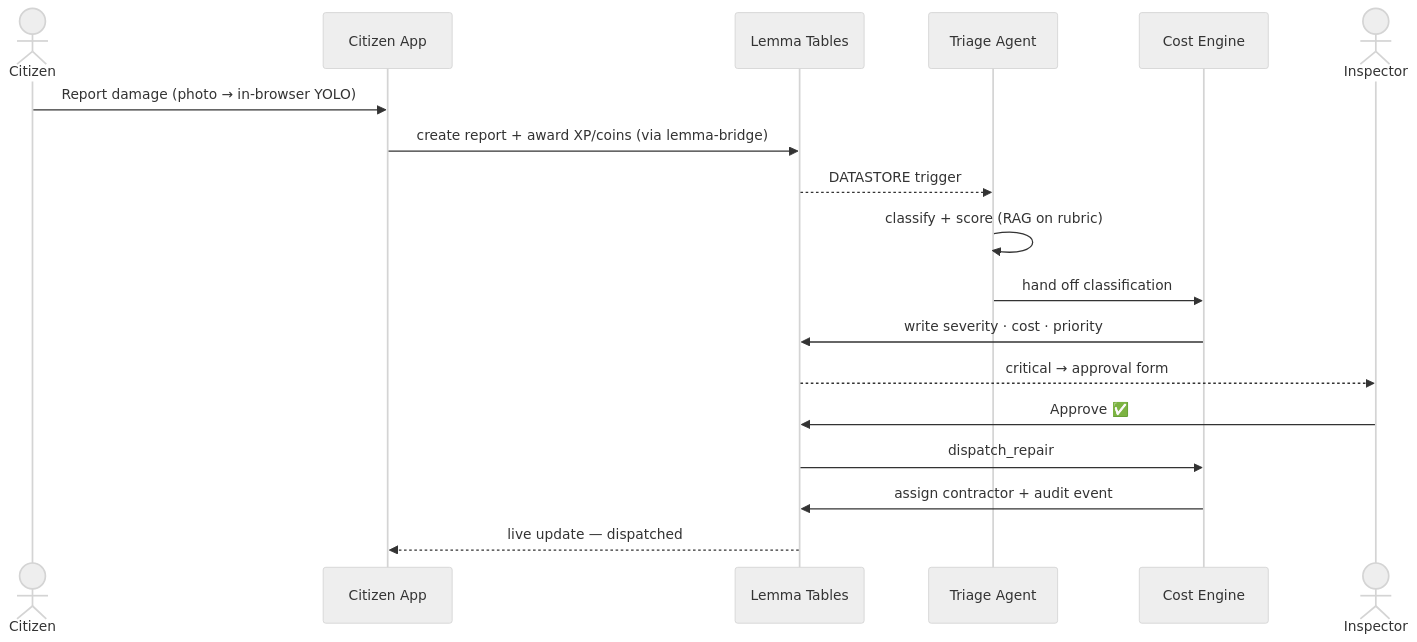
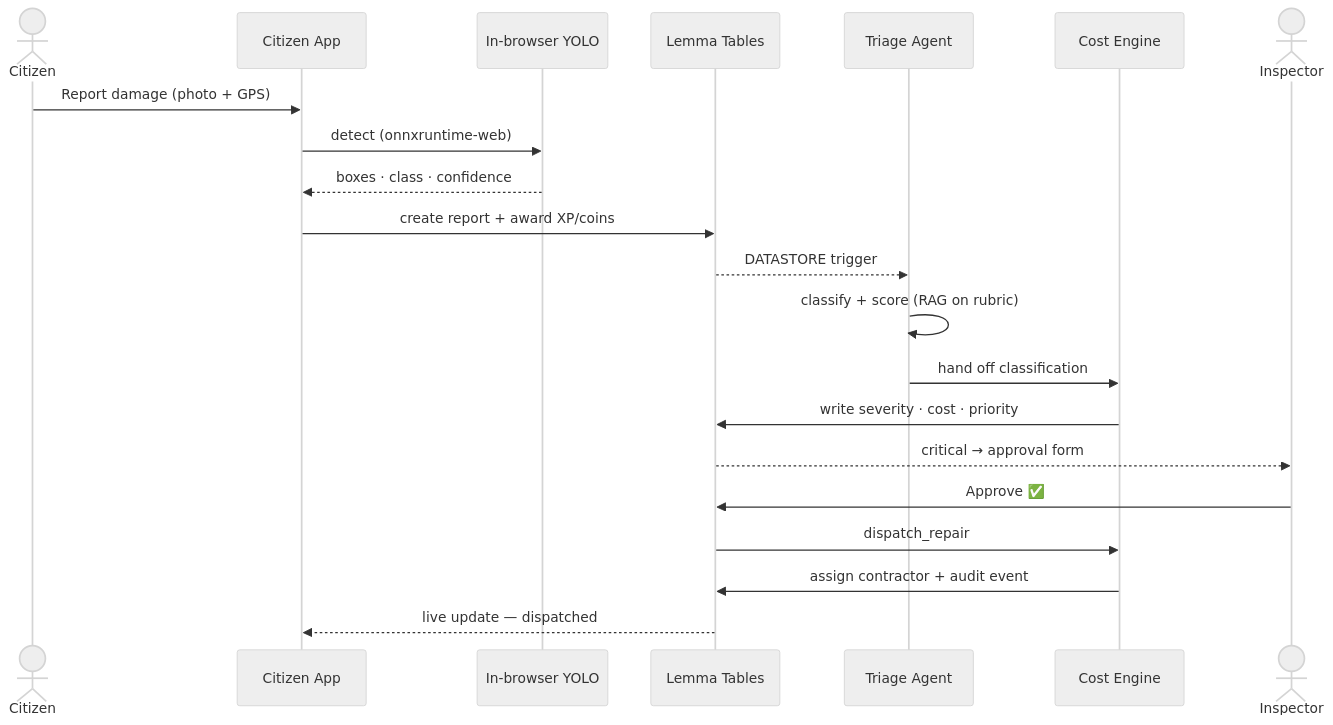
One commit to SaudSatopay/crackwatch-lemma changed diagram 11 of 12 in README.md. Above: the diagram before and after it, drawn with Mermaid (neutral theme). The commit also changed other lines of this file, not shown here.

First line of the commit message:
docs: beautify README — 12 diagrams + engineering deep-dives

````diff
--- a/README.md
+++ b/README.md
@@ -179,21 +491,24 @@
 ```mermaid
 sequenceDiagram
     actor Citizen
     participant UI as Citizen App
+    participant CV as In-browser YOLO
     participant DB as Lemma Tables
     participant AG as Triage Agent
     participant FN as Cost Engine
     actor Inspector
 
-    Citizen->>UI: Report damage (photo → in-browser YOLO)
-    UI->>DB: create report + award XP/coins  (via lemma-bridge)
+    Citizen->>UI: Report damage (photo + GPS)
+    UI->>CV: detect (onnxruntime-web)
+    CV-->>UI: boxes · class · confidence
+    UI->>DB: create report + award XP/coins
     DB-->>AG: DATASTORE trigger
     AG->>AG: classify + score (RAG on rubric)
     AG->>FN: hand off classification
     FN->>DB: write severity · cost · priority
     DB-->>Inspector: critical → approval form
     Inspector->>DB: Approve ✅
     DB->>FN: dispatch_repair
     FN->>DB: assign contractor + audit event
     DB-->>UI: live update — dispatched
 ```
````
